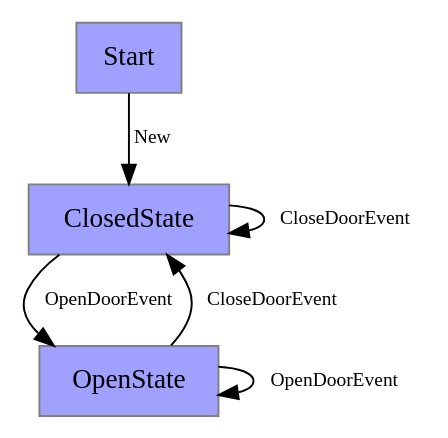
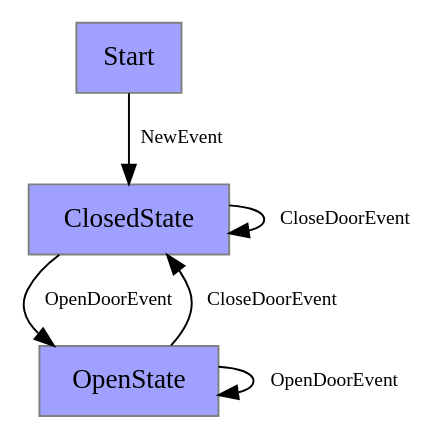
One commit to jtownson/state-machine changed the diagram in Doors.gv. Above: the diagram before and after it, drawn with Graphviz. The commit also changed 6 other files, not shown here.

```diff
--- a/Doors.gv
+++ b/Doors.gv
@@ -1,11 +1,11 @@
 digraph Doors {
 node [shape = box, color = grey, fillcolor = "#A0A0FF", style = filled];
 Start [label = "Start"];
 ClosedState [label = "ClosedState"];
 OpenState [label = "OpenState"];
-Start -> ClosedState [label="New", fontsize="10"];
+Start -> ClosedState [label="NewEvent", fontsize="10"];
 ClosedState -> OpenState [label="OpenDoorEvent", fontsize="10"];
 ClosedState -> ClosedState [label="CloseDoorEvent", fontsize="10"];
 OpenState -> ClosedState [label="CloseDoorEvent", fontsize="10"];
 OpenState -> OpenState [label="OpenDoorEvent", fontsize="10"];
 }
```
